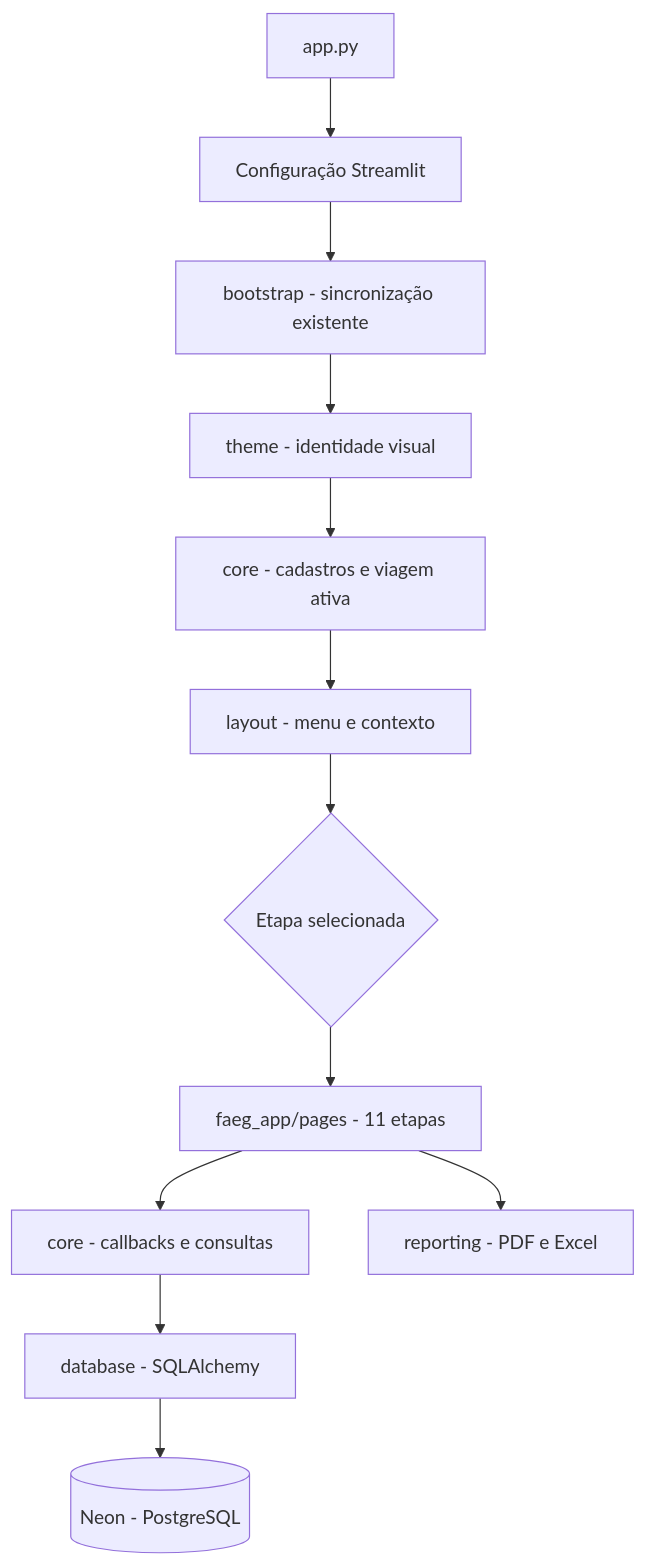
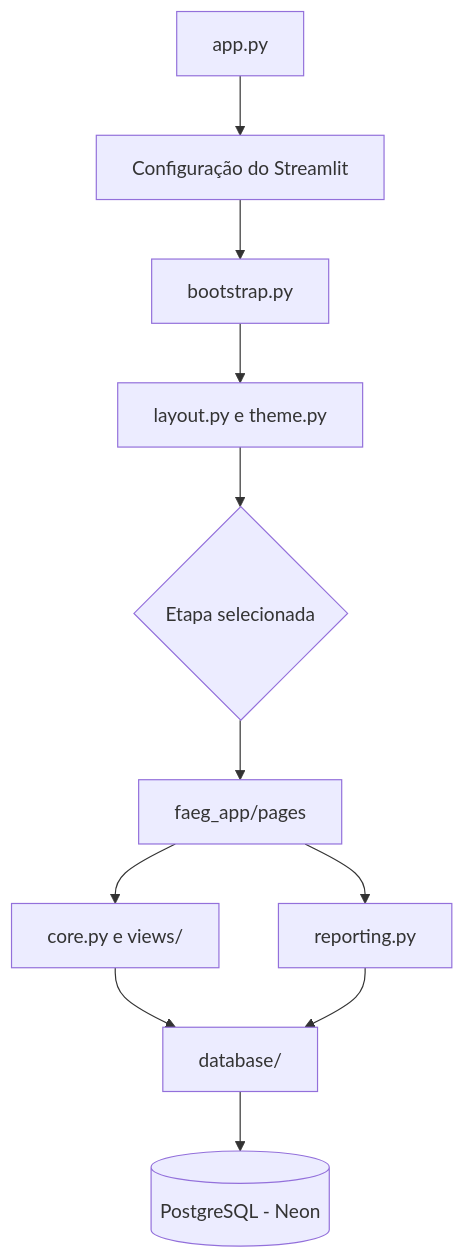
One commit to felpontes98/faeg-logistica-app changed the diagram in docs/arquitetura_aplicacao.md. Above: the diagram before and after it, drawn with Mermaid. The commit also changed other lines of this file and 19 other files, not shown here.

````diff
--- a/docs/arquitetura_aplicacao.md
+++ b/docs/arquitetura_aplicacao.md
@@ -36,14 +27,13 @@
 ```mermaid
 flowchart TD
-    A["app.py"] --> B["Configuração Streamlit"]
-    B --> C["bootstrap - sincronização existente"]
-    C --> D["theme - identidade visual"]
-    D --> E["core - cadastros e viagem ativa"]
-    E --> F["layout - menu e contexto"]
-    F --> G{"Etapa selecionada"}
-    G --> H["faeg_app/pages - 11 etapas"]
-    H --> I["core - callbacks e consultas"]
-    H --> J["reporting - PDF e Excel"]
-    I --> K["database - SQLAlchemy"]
-    K --> L[("Neon - PostgreSQL")]
+    A["app.py"] --> B["Configuração do Streamlit"]
+    B --> C["bootstrap.py"]
+    C --> D["layout.py e theme.py"]
+    D --> E{"Etapa selecionada"}
+    E --> F["faeg_app/pages"]
+    F --> G["core.py e views/"]
+    F --> H["reporting.py"]
+    G --> I["database/"]
+    H --> I
+    I --> J[("PostgreSQL - Neon")]
 ```
````
